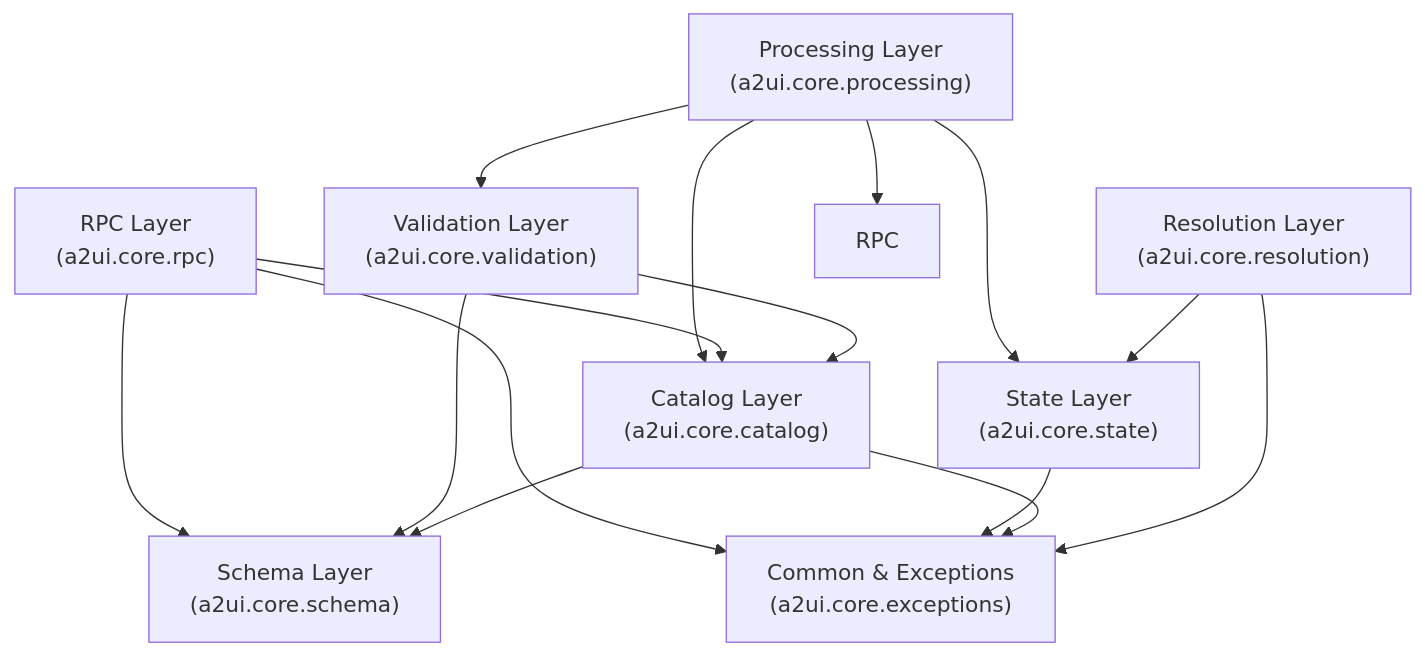
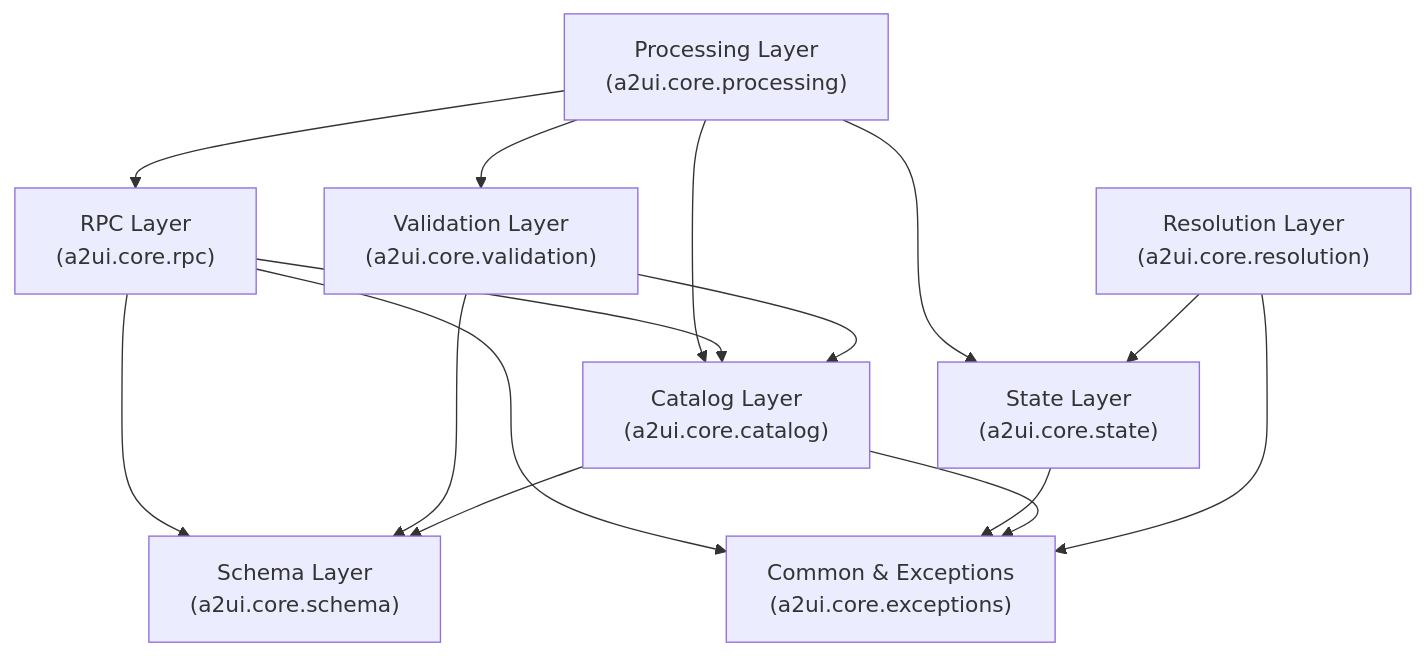
Before and after one commit to a2ui-project/a2ui: the first of 2 diagrams in blueprints/modules/a2ui_core.blueprint.md, drawn with Mermaid. The commit also changed other lines of this file, not shown here.

````diff
--- a/blueprints/modules/a2ui_core.blueprint.md
+++ b/blueprints/modules/a2ui_core.blueprint.md
@@ -46,26 +46,26 @@
 ```mermaid
 graph TD
     Processing["Processing Layer<br/>(a2ui.core.processing)"]
     Rpc["RPC Layer<br/>(a2ui.core.rpc)"]
     Validation["Validation Layer<br/>(a2ui.core.validation)"]
     State["State Layer<br/>(a2ui.core.state)"]
     Catalog["Catalog Layer<br/>(a2ui.core.catalog)"]
     Resolution["Resolution Layer<br/>(a2ui.core.resolution)"]
     Schema["Schema Layer<br/>(a2ui.core.schema)"]
     Exceptions["Common & Exceptions<br/>(a2ui.core.exceptions)"]
 
-    Processing --> RPC
+    Processing --> Rpc
     Processing --> Validation
     Processing --> State
     Processing --> Catalog
     Rpc --> Catalog
     Rpc --> Schema
     Rpc --> Exceptions
     Validation --> Catalog
     Validation --> Schema
     State --> Exceptions
     Catalog --> Schema
     Catalog --> Exceptions
     Resolution --> State
     Resolution --> Exceptions
 ```
````
